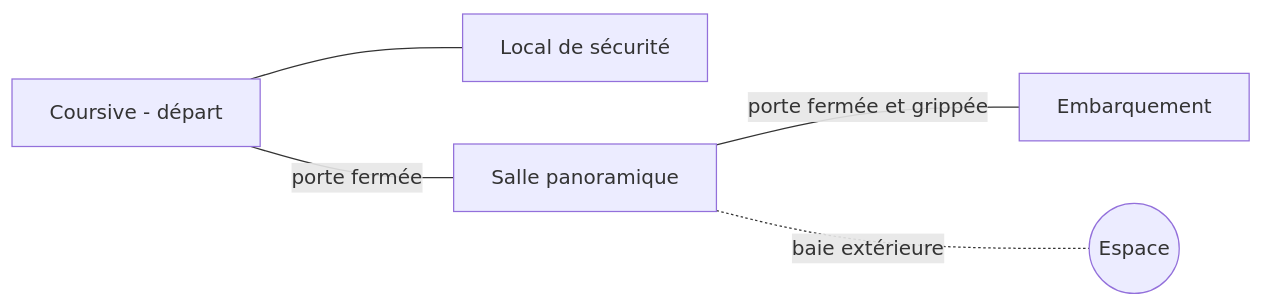
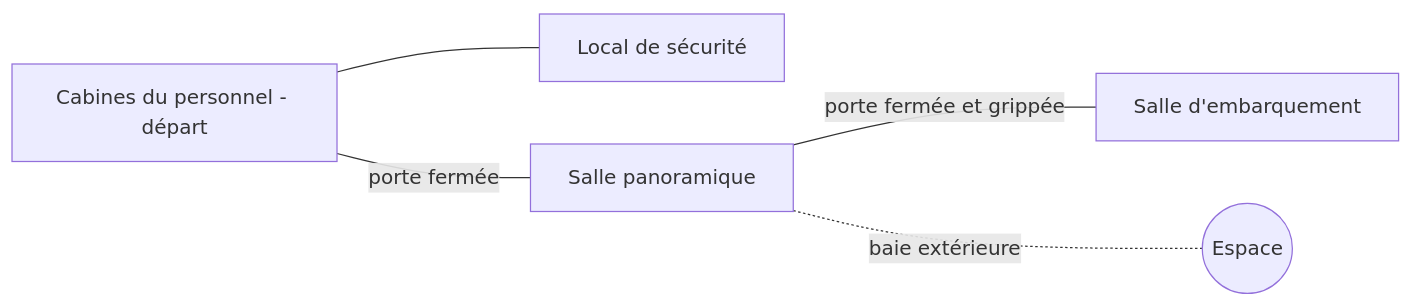
Before and after one commit to greffeb/void-walker: the diagram in docs/09-aventure-reference-vide.md, drawn with Mermaid. The commit also changed other lines of this file and 9 other files, not shown here.

````diff
--- a/docs/09-aventure-reference-vide.md
+++ b/docs/09-aventure-reference-vide.md
@@ -57,7 +57,7 @@
 ```mermaid
 flowchart LR
-  C[Coursive - départ] --- L[Local de sécurité]
+  C[Cabines du personnel - départ] --- L[Local de sécurité]
   C ---|porte fermée| B[Salle panoramique]
-  B ---|porte fermée et grippée| E[Embarquement]
+  B ---|porte fermée et grippée| E[Salle d'embarquement]
   B -. "baie extérieure" .- X((Espace))
 ```
````
